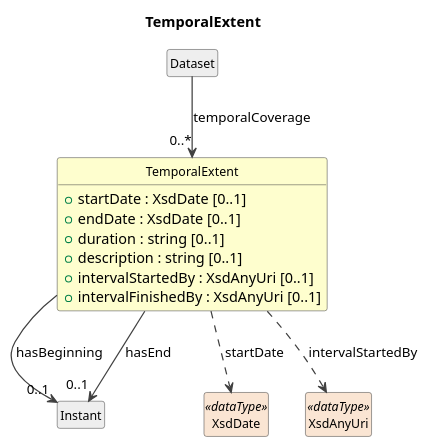
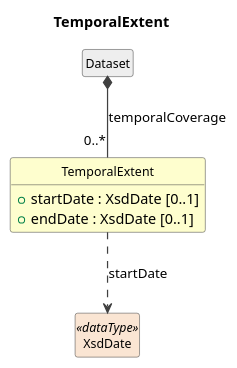
One commit to Cross-Domain-Interoperability-Framework/metadataBuildingBlocks changed the diagram in cdif-uml-model/_plantuml/cdifDiscovery/Classes/TemporalExtent.pu. Above: the diagram before and after it, drawn with PlantUML. The commit also changed 466 other files, not shown here.

First line of the commit message:
cdif-uml-model: regen for cdifDiscovery split (module + composites)

```diff
--- a/cdif-uml-model/_plantuml/cdifDiscovery/Classes/TemporalExtent.pu
+++ b/cdif-uml-model/_plantuml/cdifDiscovery/Classes/TemporalExtent.pu
@@ -1,31 +1,22 @@
 @startuml
 title TemporalExtent
 hide circle
 hide empty members
 skinparam shadowing false
 skinparam ArrowThickness 1.2
 skinparam class {
   ArrowColor #404040
   BorderColor #404040
   FontSize 12
 }
 
 class "TemporalExtent" as TemporalExtent #FEFECE {
   +startDate : XsdDate [0..1]
   +endDate : XsdDate [0..1]
-  +duration : string [0..1]
-  +description : string [0..1]
-  +intervalStartedBy : XsdAnyUri [0..1]
-  +intervalFinishedBy : XsdAnyUri [0..1]
 }
 class "Dataset" as Dataset #EEEEEE
-Dataset --> "0..*" TemporalExtent : temporalCoverage
-class "Instant" as Instant #EEEEEE
-TemporalExtent --> "0..1" Instant : hasBeginning
-TemporalExtent --> "0..1" Instant : hasEnd
+Dataset *-- "0..*" TemporalExtent : temporalCoverage
 class "XsdDate" as XsdDate <<dataType>> #FAE5D3
 TemporalExtent ..> XsdDate : startDate
-class "XsdAnyUri" as XsdAnyUri <<dataType>> #FAE5D3
-TemporalExtent ..> XsdAnyUri : intervalStartedBy
 
 @enduml
```
